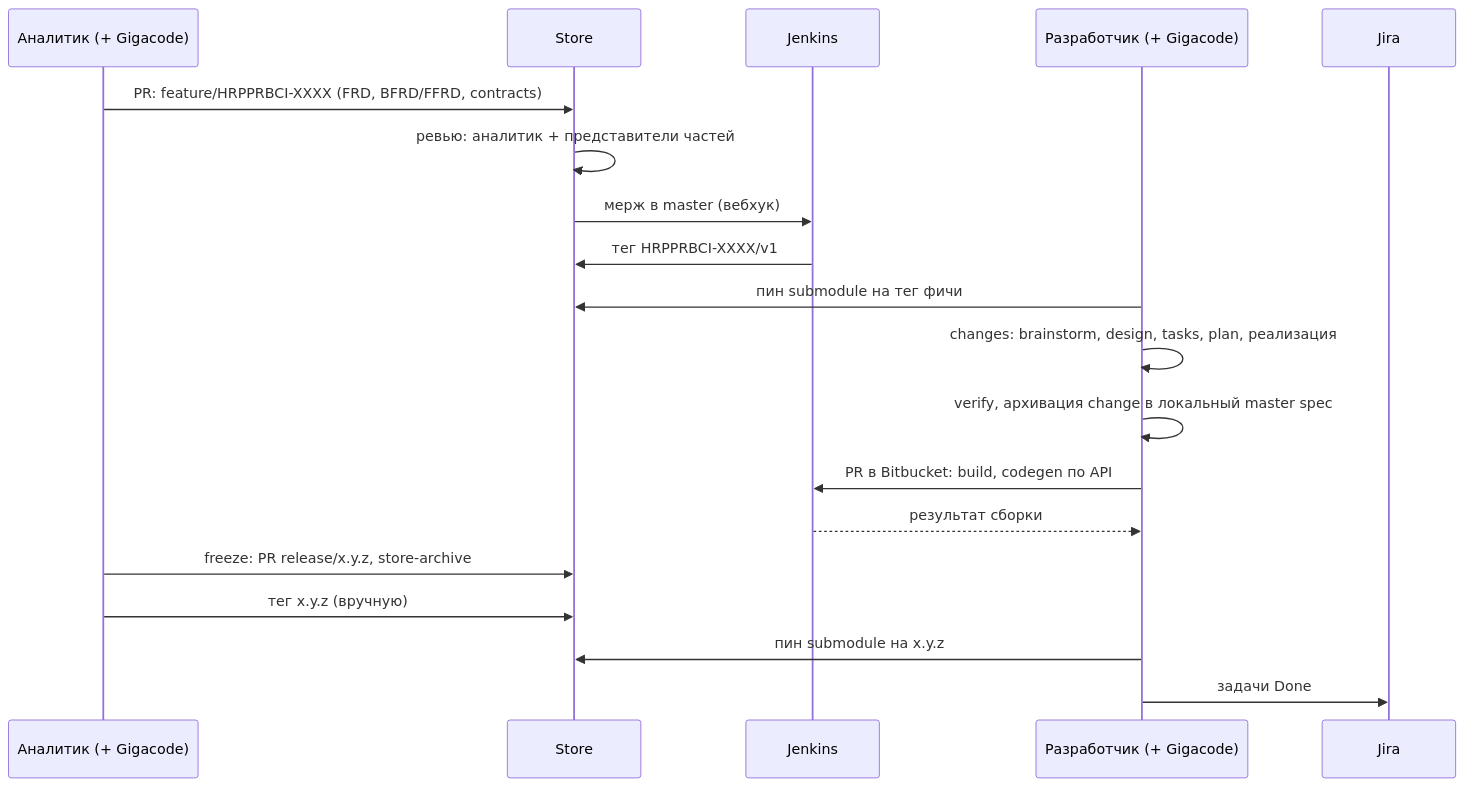
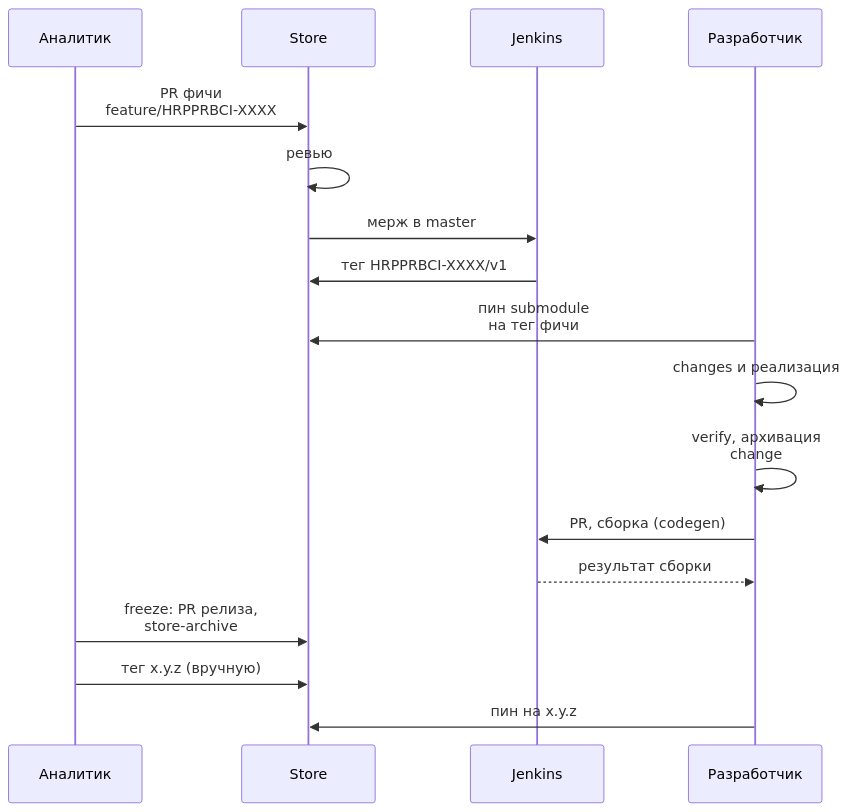
The first of 3 diagrams in OpenSpec/cases/Sber/04-Жизненный-цикл-фичи.md (DanielUsov/SDD-Cookbook), drawn with Mermaid before and after one commit. The commit also changed other lines of this file and 21 other files, not shown here.

````diff
--- a/OpenSpec/cases/Sber/04-Жизненный-цикл-фичи.md
+++ b/OpenSpec/cases/Sber/04-Жизненный-цикл-фичи.md
@@ -7,22 +7,20 @@
 ```mermaid
 sequenceDiagram
-    participant BA as Аналитик (+ Gigacode)
+    participant BA as Аналитик
     participant ST as Store
     participant JK as Jenkins
-    participant DEV as Разработчик (+ Gigacode)
-    participant J as Jira
+    participant DEV as Разработчик
 
-    BA->>ST: PR: feature/HRPPRBCI-XXXX (FRD, BFRD/FFRD, contracts)
-    ST->>ST: ревью: аналитик + представители частей
-    ST->>JK: мерж в master (вебхук)
+    BA->>ST: PR фичи<br/>feature/HRPPRBCI-XXXX
+    ST->>ST: ревью
+    ST->>JK: мерж в master
     JK->>ST: тег HRPPRBCI-XXXX/v1
-    DEV->>ST: пин submodule на тег фичи
-    DEV->>DEV: changes: brainstorm, design, tasks, plan, реализация
-    DEV->>DEV: verify, архивация change в локальный master spec
-    DEV->>JK: PR в Bitbucket: build, codegen по API
+    DEV->>ST: пин submodule<br/>на тег фичи
+    DEV->>DEV: changes и реализация
+    DEV->>DEV: verify, архивация<br/>change
+    DEV->>JK: PR, сборка (codegen)
     JK-->>DEV: результат сборки
-    BA->>ST: freeze: PR release/x.y.z, store-archive
+    BA->>ST: freeze: PR релиза,<br/>store-archive
     BA->>ST: тег x.y.z (вручную)
-    DEV->>ST: пин submodule на x.y.z
-    DEV->>J: задачи Done
+    DEV->>ST: пин на x.y.z
 ```
````
